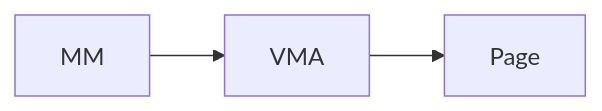
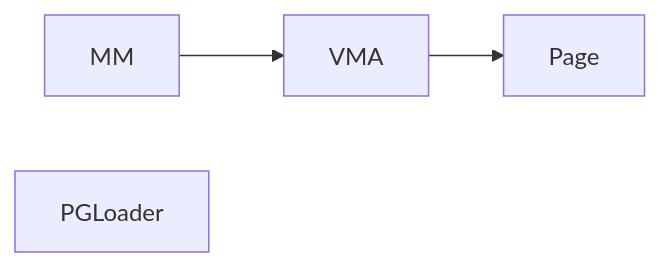
Before and after one commit to ProjectMitosisOS/mitosis-core: the diagram in docs/mitosis-core.md, drawn with Mermaid. The commit also changed other lines of this file, not shown here.

````diff
--- a/docs/mitosis-core.md
+++ b/docs/mitosis-core.md
@@ -9,8 +9,9 @@
 ```mermaid
 flowchart LR 
 A[VMA] 
 B[Page]
 C[MM]
+D[PGLoader] 
 A --> B
 C --> A
 ```
````
